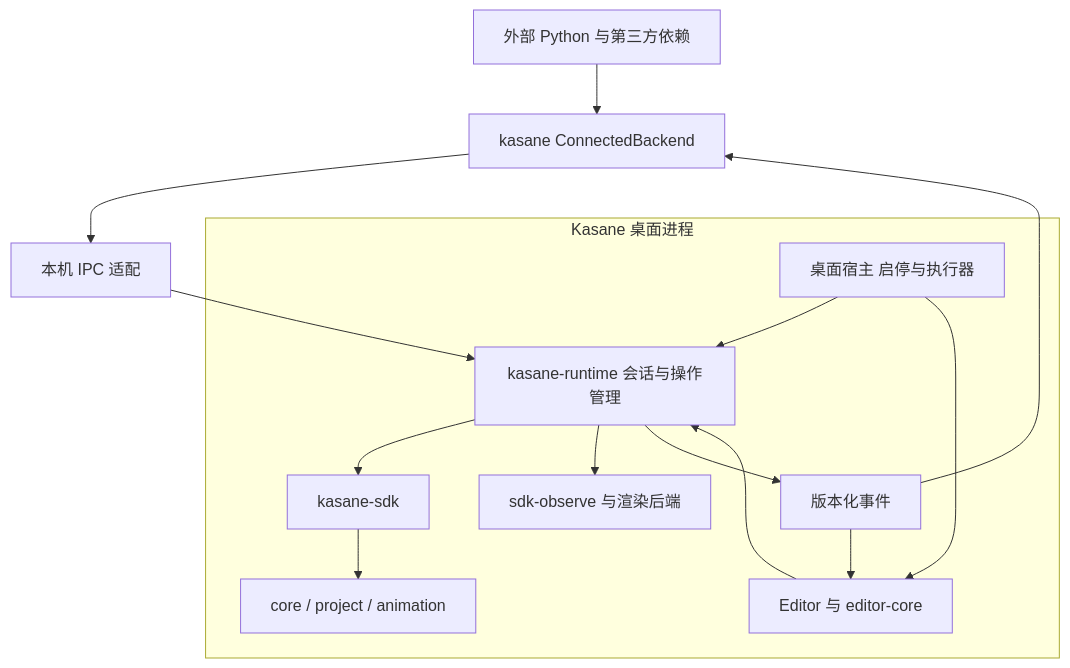
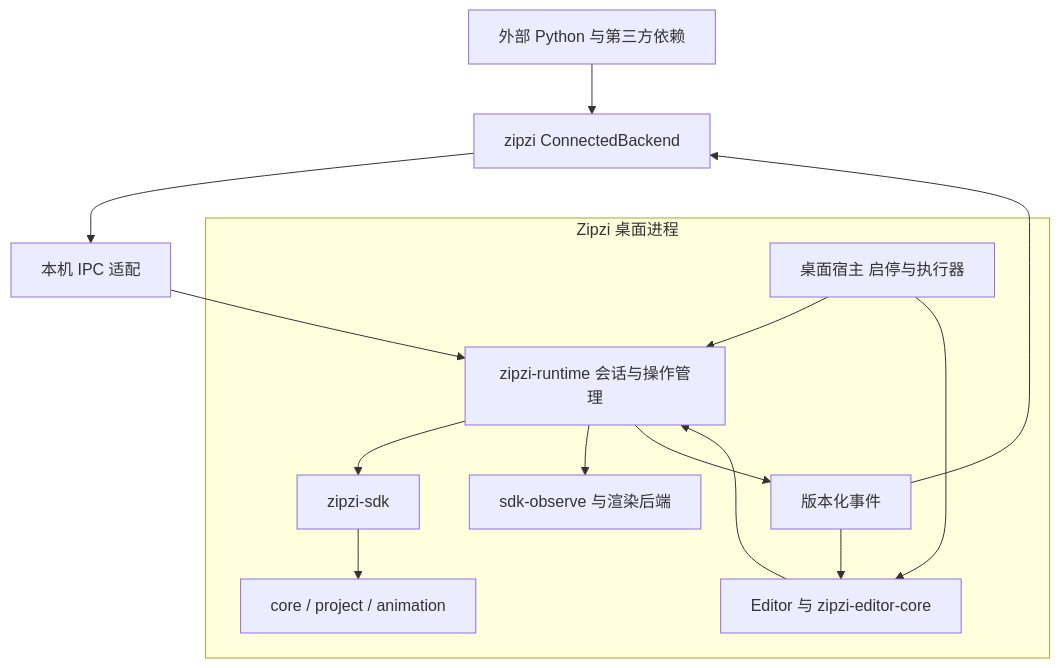
The diagram in docs/plans/sdk-runtime-design.md (getzipzi/zipzi-2d), drawn with Mermaid before and after one commit. The commit also changed other lines of this file and 2097 other files, not shown here.

Commit message:
Rename Kasane to Zipzi across workspace and project formats

````diff
--- a/docs/plans/sdk-runtime-design.md
+++ b/docs/plans/sdk-runtime-design.md
@@ -49,23 +49,23 @@
 ```mermaid
 flowchart TD
-    Python[外部 Python 与第三方依赖] --> Client[kasane ConnectedBackend]
+    Python[外部 Python 与第三方依赖] --> Client[zipzi ConnectedBackend]
     Client --> IPC[本机 IPC 适配]
-    subgraph Desktop[Kasane 桌面进程]
+    subgraph Desktop[Zipzi 桌面进程]
         Host[桌面宿主 启停与执行器]
-        UI[Editor 与 editor-core]
-        Runtime[kasane-runtime 会话与操作管理]
-        SDK[kasane-sdk]
+        UI[Editor 与 zipzi-editor-core]
+        Runtime[zipzi-runtime 会话与操作管理]
+        SDK[zipzi-sdk]
         Domain[core / project / animation]
         Observe[sdk-observe 与渲染后端]
         Host --> Runtime
         Host --> UI
         UI --> Runtime
         Runtime --> SDK
         SDK --> Domain
         Runtime --> Observe
         Runtime --> Events[版本化事件]
         Events --> UI
     end
     IPC --> Runtime
     Events --> Client
 ```
````
